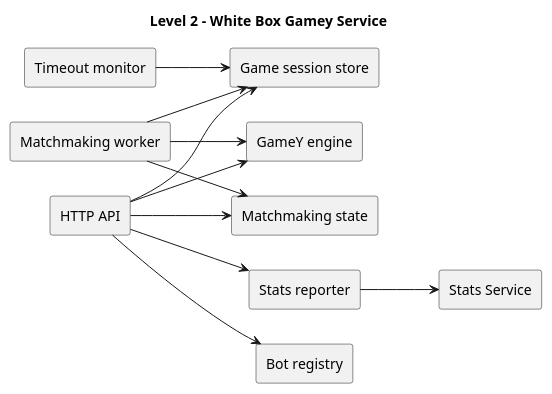
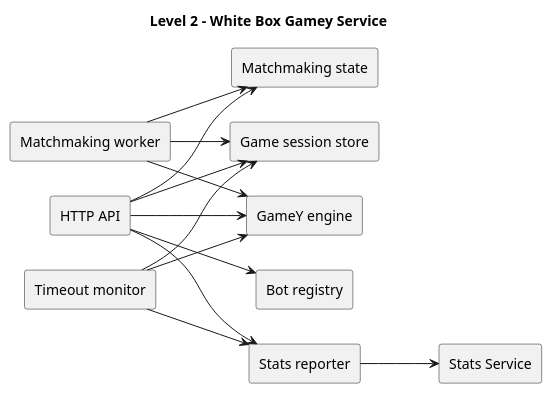
The fourth of 5 diagrams in docs/src/05_building_block_view.adoc (Arquisoft/yovi_es4b), drawn with PlantUML before and after one commit. The commit also changed other lines of this file, not shown here.

```diff
--- a/docs/src/05_building_block_view.adoc
+++ b/docs/src/05_building_block_view.adoc
@@ -283,29 +281,31 @@
 [plantuml,"05_level2_gamey",png]
 ----
 @startuml
 title Level 2 - White Box Gamey Service
 left to right direction
 skinparam componentStyle rectangle
 
 component "HTTP API" as Api
 component "Game session store" as Sessions
 component "Matchmaking state" as Matchmaking
 component "Matchmaking worker" as Worker
 component "Timeout monitor" as Monitor
 component "GameY engine" as Engine
 component "Bot registry" as Bots
 component "Stats reporter" as Reporter
 component "Stats Service" as Stats
 
 Api --> Sessions
 Api --> Matchmaking
 Api --> Engine
 Api --> Bots
 Api --> Reporter
 Worker --> Matchmaking
 Worker --> Sessions
 Worker --> Engine
 Monitor --> Sessions
+Monitor --> Engine
+Monitor --> Reporter
 Reporter --> Stats
 @enduml
 ----
```
